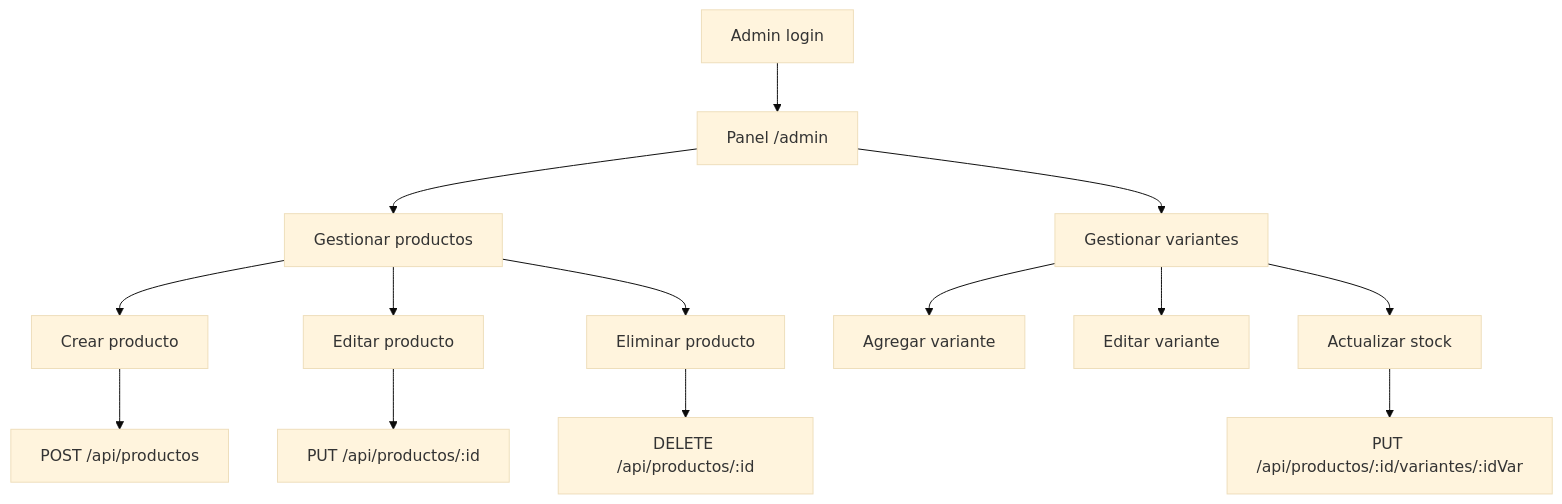
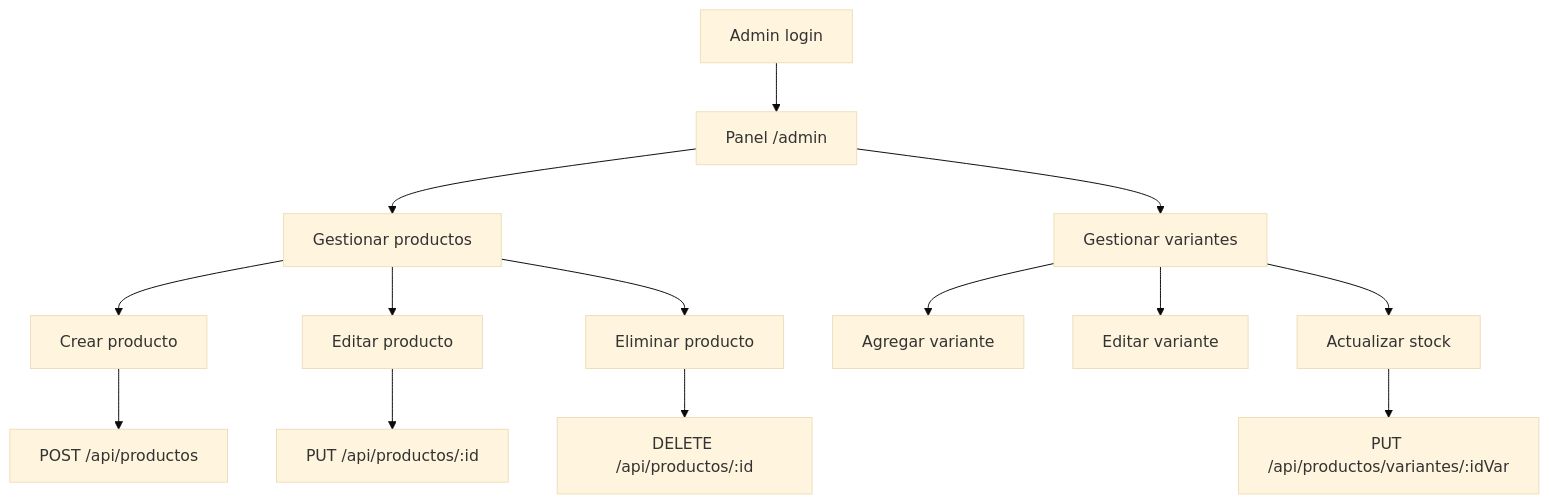
The third of 4 diagrams in docs/diagrams/flujos.md (yeisonfernandez2022-crypto/Jadda_Sports_React), drawn with Mermaid (base theme) before and after one commit. The commit also changed other lines of this file and 13 other files, not shown here.

Commit message:
docs(rf-rnf-calidad): flujo de subidas en Cloudinary (RF-045/046/047, RNF-002/004/013), CSRF real en evaluaciones, postscript de la revision 10-20, ERD con columnas de 2026

````diff
--- a/docs/diagrams/flujos.md
+++ b/docs/diagrams/flujos.md
@@ -51,19 +51,19 @@
 ```mermaid
 flowchart TD
     A[Admin login] --> B[Panel /admin]
     B --> C[Gestionar productos]
     B --> D[Gestionar variantes]
     
     C --> C1[Crear producto]
     C --> C2[Editar producto]
     C --> C3[Eliminar producto]
     
     D --> D1[Agregar variante]
     D --> D2[Editar variante]
     D --> D3[Actualizar stock]
     
     C1 --> E[POST /api/productos]
     C2 --> F[PUT /api/productos/:id]
     C3 --> G[DELETE /api/productos/:id]
-    D3 --> H[PUT /api/productos/:id/variantes/:idVar]
+    D3 --> H[PUT /api/productos/variantes/:idVar]
 ```
````
